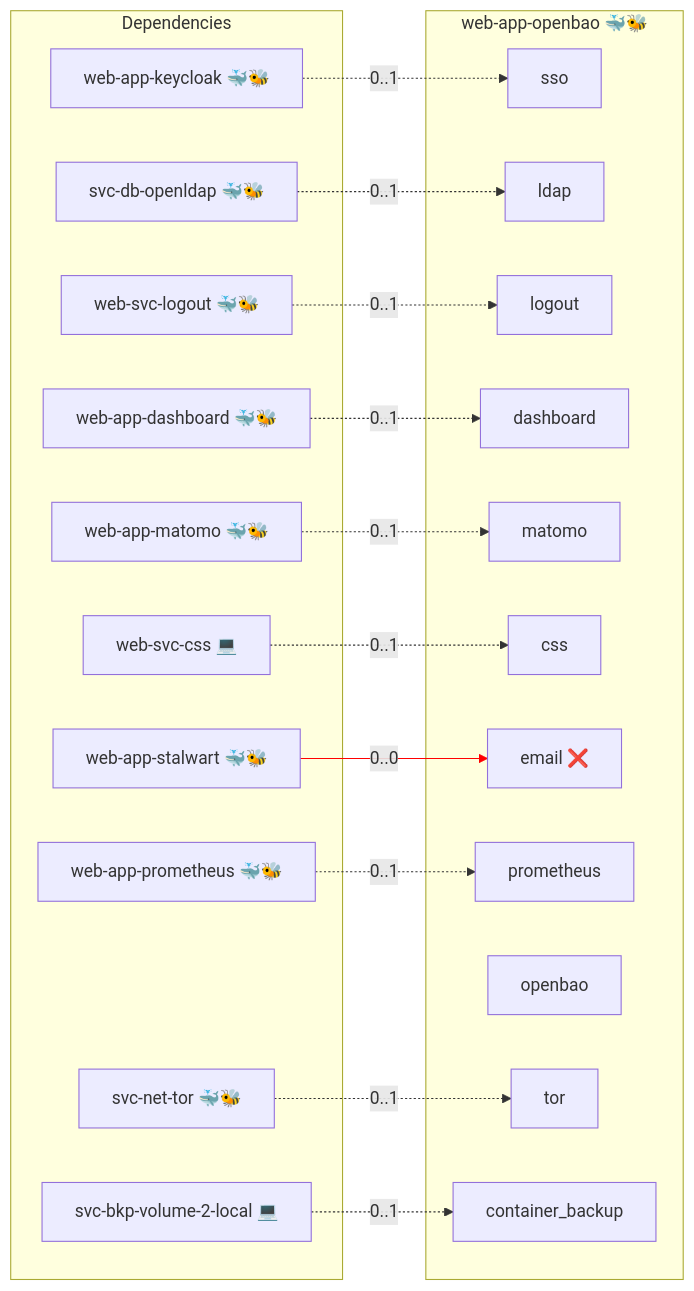
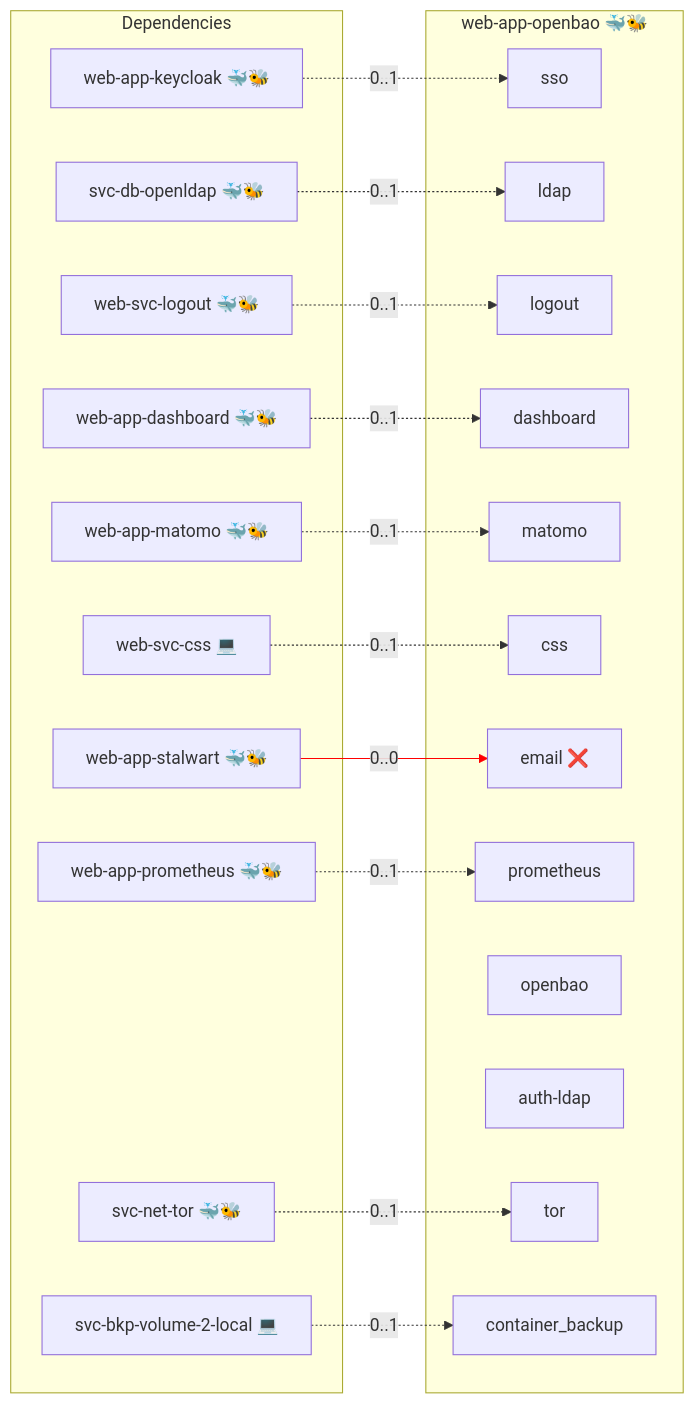
One commit to AlejandroRomanIbanez/infinito-nexus changed the diagram in roles/web-app-openbao/README.md. Above: the diagram before and after it, drawn with Mermaid. The commit also changed other lines of this file and 13 other files, not shown here.

First line of the commit message:
fix(web-app-openbao): ship the LDAP auth method as an external plugin

````diff
--- a/roles/web-app-openbao/README.md
+++ b/roles/web-app-openbao/README.md
@@ -15,39 +15,40 @@
 ```mermaid
 flowchart LR
     subgraph deps [Dependencies]
         dep_svc_bkp_volume_2_local["svc-bkp-volume-2-local 💻"]
         dep_svc_db_openldap["svc-db-openldap 🐳🐝"]
         dep_svc_net_tor["svc-net-tor 🐳🐝"]
         dep_web_app_dashboard["web-app-dashboard 🐳🐝"]
         dep_web_app_keycloak["web-app-keycloak 🐳🐝"]
         dep_web_app_matomo["web-app-matomo 🐳🐝"]
         dep_web_app_prometheus["web-app-prometheus 🐳🐝"]
         dep_web_app_stalwart["web-app-stalwart 🐳🐝"]
         dep_web_svc_css["web-svc-css 💻"]
         dep_web_svc_logout["web-svc-logout 🐳🐝"]
     end
     subgraph role [web-app-openbao 🐳🐝]
         svc_sso["sso"]
         svc_ldap["ldap"]
         svc_logout["logout"]
         svc_dashboard["dashboard"]
         svc_matomo["matomo"]
         svc_css["css"]
         svc_email["email ❌"]
         svc_prometheus["prometheus"]
         svc_openbao["openbao"]
+        svc_auth_ldap["auth-ldap"]
         svc_tor["tor"]
         svc_container_backup["container_backup"]
     end
     dep_svc_bkp_volume_2_local -. "0..1" .-> svc_container_backup
     dep_svc_db_openldap -. "0..1" .-> svc_ldap
     dep_svc_net_tor -. "0..1" .-> svc_tor
     dep_web_app_dashboard -. "0..1" .-> svc_dashboard
     dep_web_app_keycloak -. "0..1" .-> svc_sso
     dep_web_app_matomo -. "0..1" .-> svc_matomo
     dep_web_app_prometheus -. "0..1" .-> svc_prometheus
     dep_web_app_stalwart -- "0..0" --> svc_email
     dep_web_svc_css -. "0..1" .-> svc_css
     dep_web_svc_logout -. "0..1" .-> svc_logout
     linkStyle 7 stroke:red;
 ```
````
